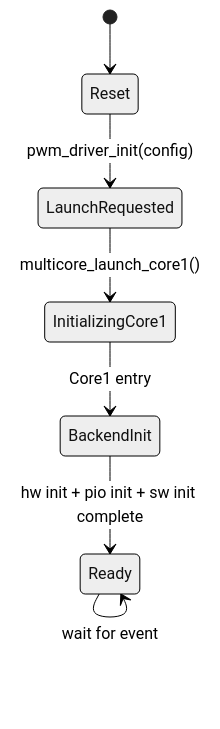
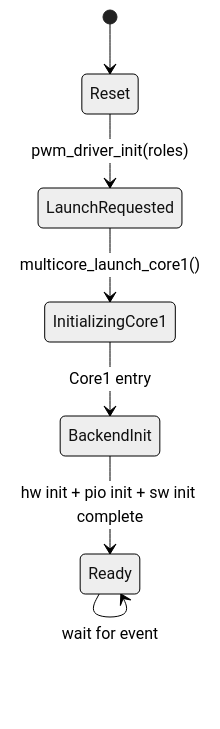
The first of 8 diagrams in docs/design/pwm_driver_design.md (djwinter29-oss/PicoPWM), drawn with Mermaid (neutral theme) before and after one commit. The commit also changed other lines of this file and 40 other files, not shown here.

````diff
--- a/docs/design/pwm_driver_design.md
+++ b/docs/design/pwm_driver_design.md
@@ -241,11 +239,11 @@
 ```mermaid
 stateDiagram-v2
     [*] --> Reset
-    Reset --> LaunchRequested: pwm_driver_init(config)
+    Reset --> LaunchRequested: pwm_driver_init(roles)
     LaunchRequested --> InitializingCore1: multicore_launch_core1()
     InitializingCore1 --> BackendInit: Core1 entry
     BackendInit --> Ready: hw init + pio init + sw init complete
     Ready --> Ready: process mailbox command
     Ready --> Ready: publish state snapshot
     Ready --> Ready: wait for event
 ```
````
